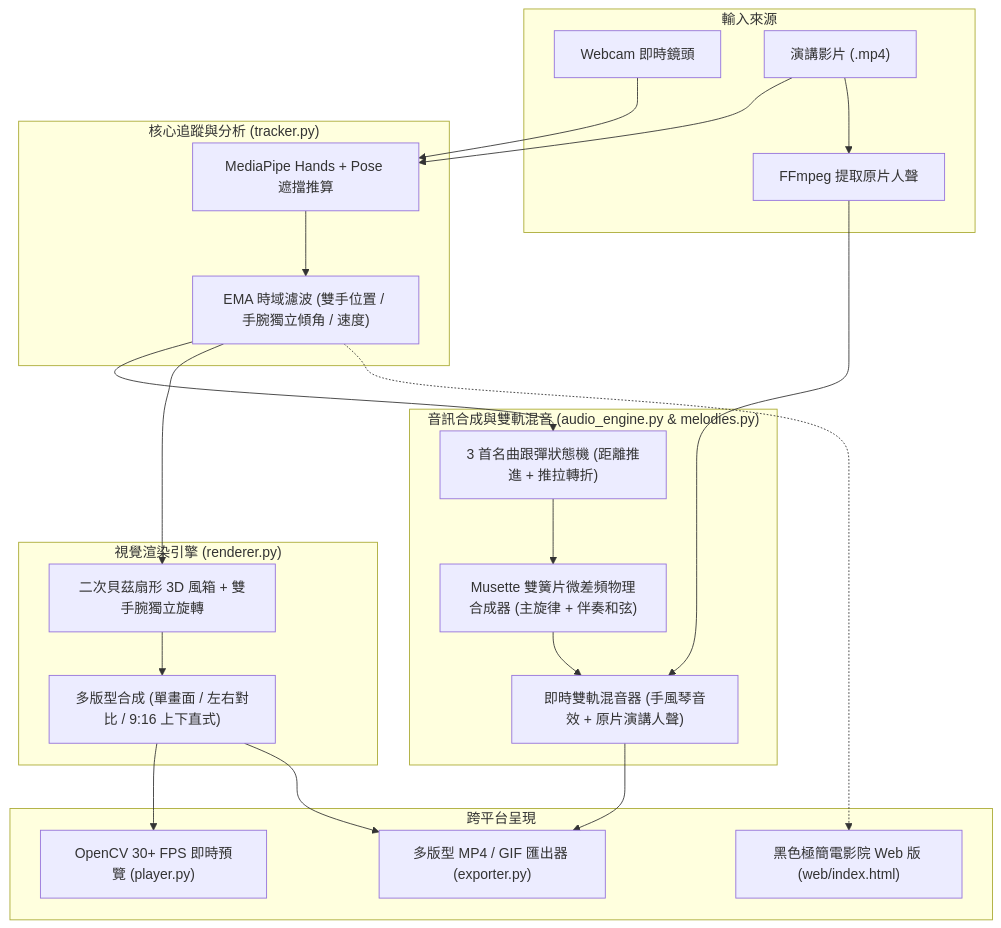
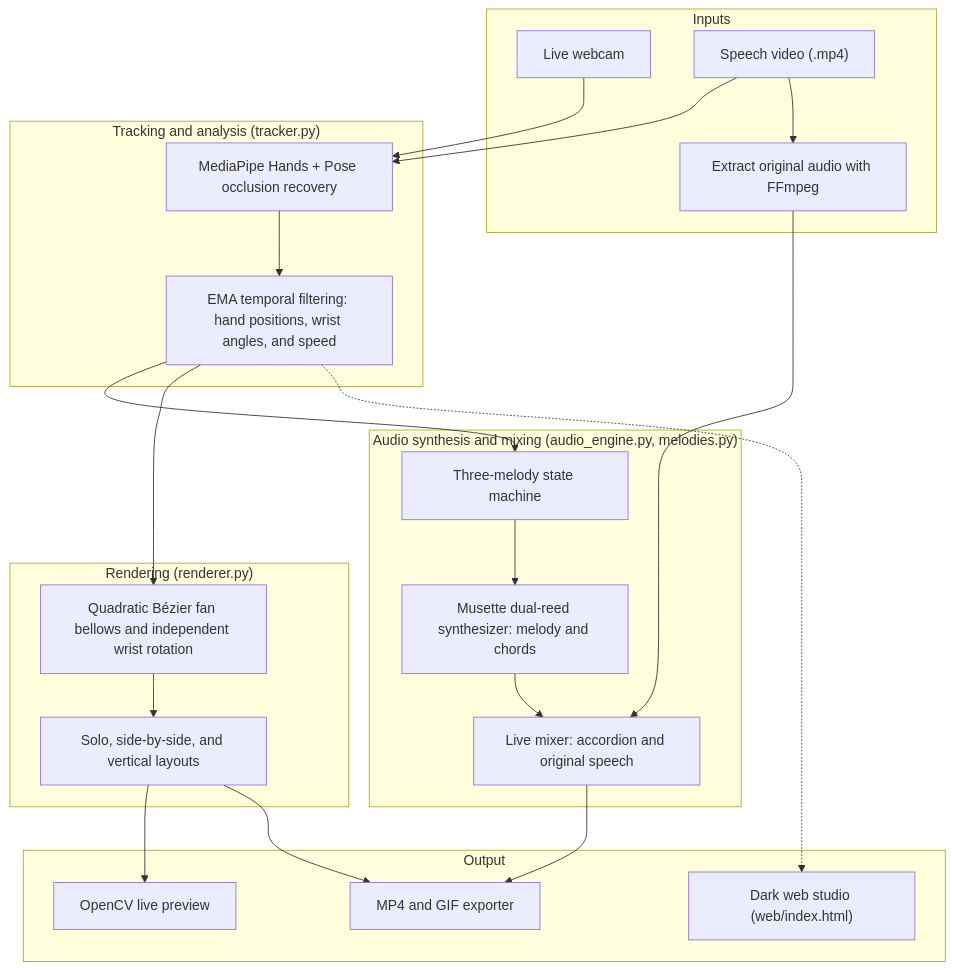
The diagram in README.md (YuriyLin/PalmMotion), drawn with Mermaid before and after one commit. The commit also changed other lines of this file, not shown here.

````diff
--- a/README.md
+++ b/README.md
@@ -42,43 +41,43 @@
 ```mermaid
 flowchart TD
-    subgraph Input["輸入來源"]
-        Cam["Webcam 即時鏡頭"]
-        Vid["演講影片 (.mp4)"]
-        VidAudio["FFmpeg 提取原片人聲"]
+    subgraph Input["Inputs"]
+        Cam["Live webcam"]
+        Vid["Speech video (.mp4)"]
+        VidAudio["Extract original audio with FFmpeg"]
     end
 
-    subgraph Core["核心追蹤與分析 (tracker.py)"]
-        MP["MediaPipe Hands + Pose 遮擋推算"]
-        EMA["EMA 時域濾波 (雙手位置 / 手腕獨立傾角 / 速度)"]
+    subgraph Core["Tracking and analysis (tracker.py)"]
+        MP["MediaPipe Hands + Pose occlusion recovery"]
+        EMA["EMA temporal filtering: hand positions, wrist angles, and speed"]
     end
 
-    subgraph Audio["音訊合成與雙軌混音 (audio_engine.py & melodies.py)"]
-        MelodyFSM["3 首名曲跟彈狀態機 (距離推進 + 推拉轉折)"]
-        Synth["Musette 雙簧片微差頻物理合成器 (主旋律 + 伴奏和弦)"]
-        LiveMixer["即時雙軌混音器 (手風琴音效 + 原片演講人聲)"]
+    subgraph Audio["Audio synthesis and mixing (audio_engine.py, melodies.py)"]
+        MelodyFSM["Three-melody state machine"]
+        Synth["Musette dual-reed synthesizer: melody and chords"]
+        LiveMixer["Live mixer: accordion and original speech"]
     end
 
-    subgraph Visual["視覺渲染引擎 (renderer.py)"]
-        Bezier["二次貝茲扇形 3D 風箱 + 雙手腕獨立旋轉"]
-        LayoutComp["多版型合成 (單畫面 / 左右對比 / 9:16 上下直式)"]
+    subgraph Visual["Rendering (renderer.py)"]
+        Bezier["Quadratic Bézier fan bellows and independent wrist rotation"]
+        LayoutComp["Solo, side-by-side, and vertical layouts"]
     end
 
-    subgraph Output["跨平台呈現"]
-        Player["OpenCV 30+ FPS 即時預覽 (player.py)"]
-        Exporter["多版型 MP4 / GIF 匯出器 (exporter.py)"]
-        WebApp["黑色極簡電影院 Web 版 (web/index.html)"]
+    subgraph Output["Output"]
+        Player["OpenCV live preview"]
+        Exporter["MP4 and GIF exporter"]
+        WebApp["Dark web studio (web/index.html)"]
     end
 
     Cam --> MP
     Vid --> MP
     Vid --> VidAudio
     MP --> EMA
     EMA --> MelodyFSM --> Synth
     VidAudio --> LiveMixer
     Synth --> LiveMixer
     EMA --> Bezier --> LayoutComp
     LiveMixer --> Exporter
     LayoutComp --> Player
     LayoutComp --> Exporter
     EMA -.-> WebApp
 ```
````
